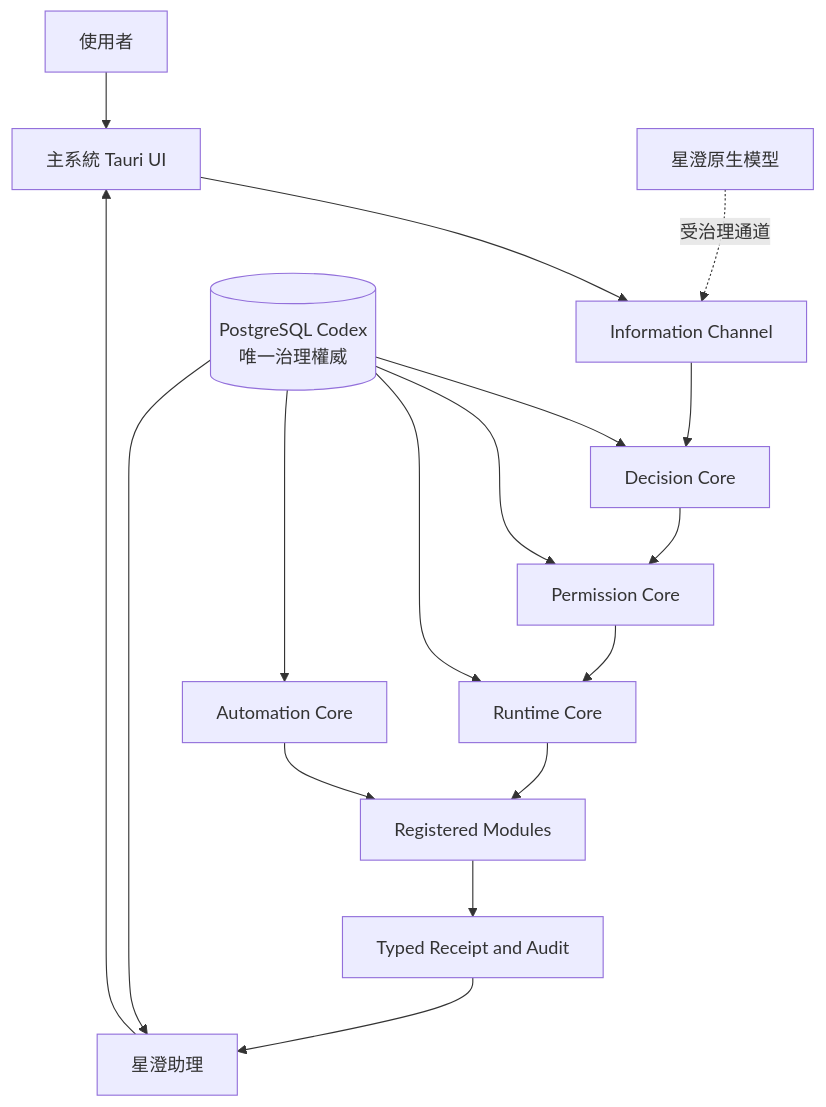
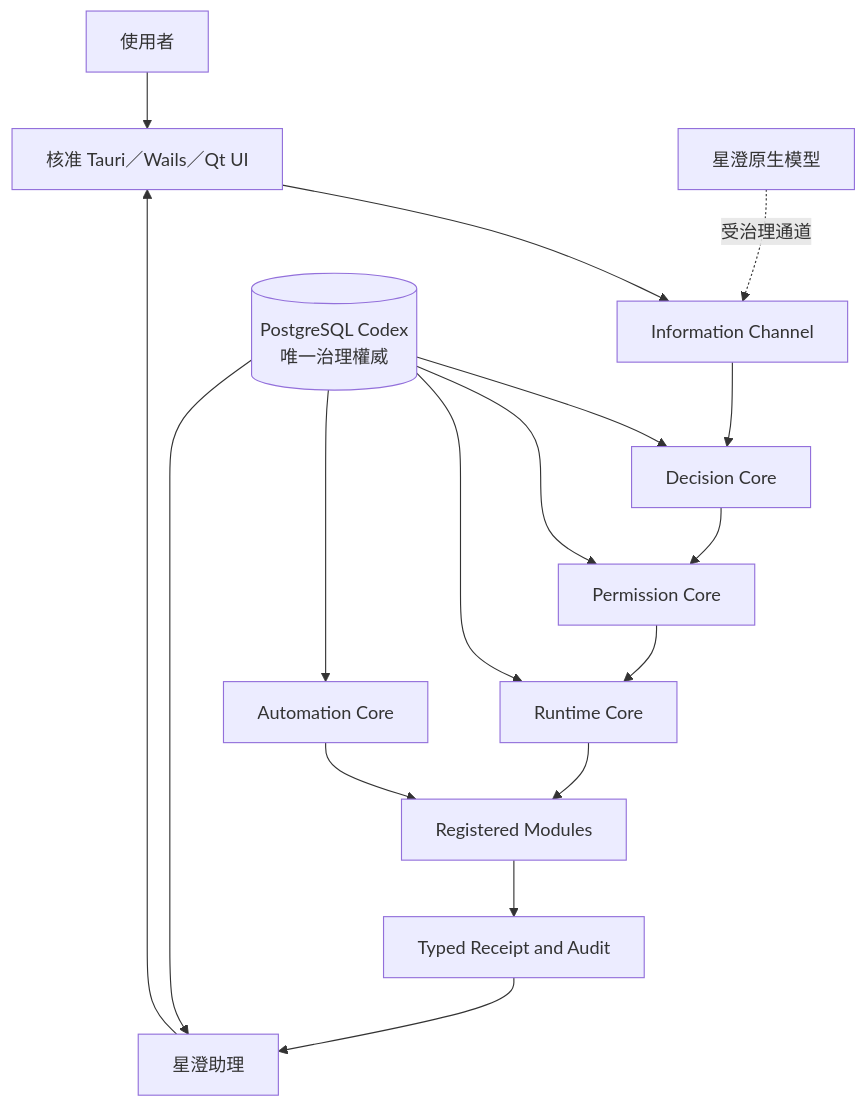
One commit to guilty442-source/GPTBridge changed the first of 9 diagrams in governance_rule/codex/architecture-project.md. Above: the diagram before and after it, drawn with Mermaid. The commit also changed other lines of this file and 92 other files, not shown here.

````diff
--- a/governance_rule/codex/architecture-project.md
+++ b/governance_rule/codex/architecture-project.md
@@ -11,19 +11,19 @@
 ```mermaid
 flowchart TB
-  USER[使用者] --> UI[主系統 Tauri UI]
+  USER[使用者] --> UI[核准 Tauri／Wails／Qt UI]
   UI --> INFO[Information Channel]
   CODEX[(PostgreSQL Codex<br/>唯一治理權威)] --> DEC[Decision Core]
   CODEX --> PERM[Permission Core]
   CODEX --> RUN[Runtime Core]
   CODEX --> AUTO[Automation Core]
   CODEX --> XA[星澄助理]
   INFO --> DEC
   DEC --> PERM
   PERM --> RUN
   RUN --> EXEC[Registered Modules]
   AUTO --> EXEC
   EXEC --> RECEIPT[Typed Receipt and Audit]
   RECEIPT --> XA
   XA --> UI
   XC[星澄原生模型] -.受治理通道.-> INFO
 ```
````
